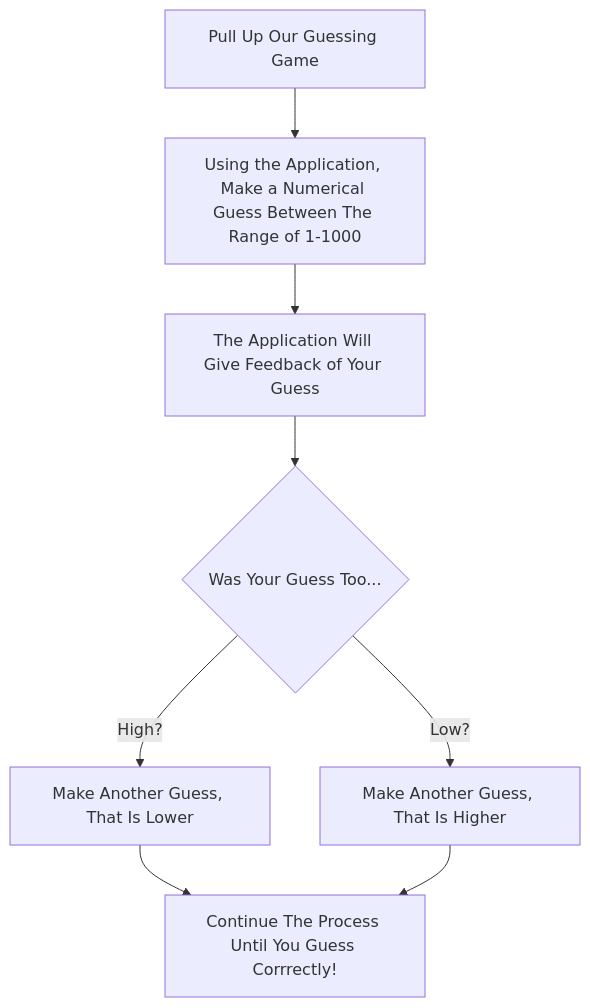
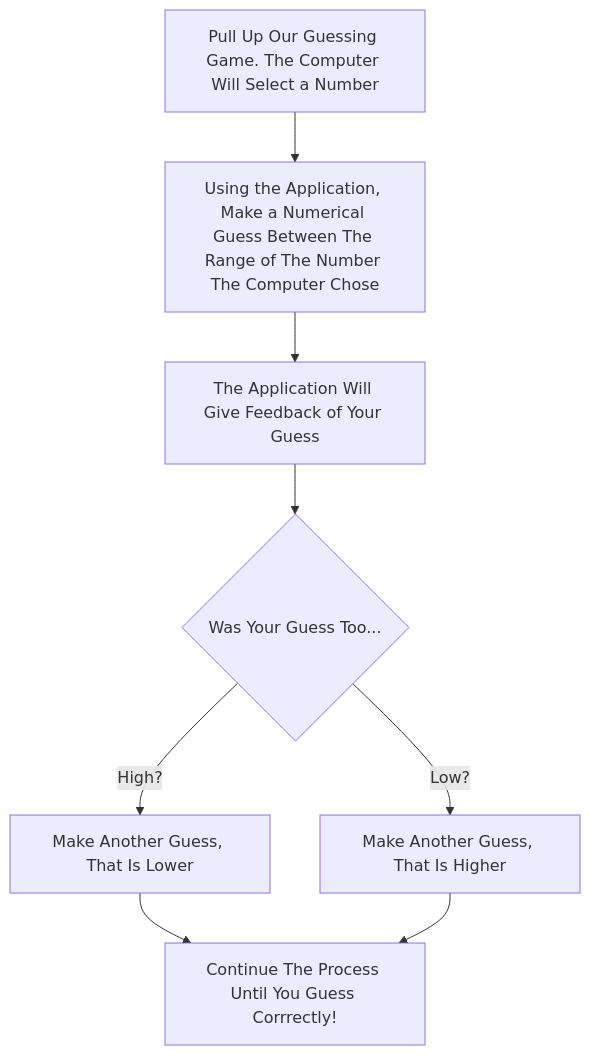
Before and after one commit to isagar930/isagar930.github.io: the diagram in README.md, drawn with Mermaid. The commit also changed other lines of this file, not shown here.

````diff
--- a/README.md
+++ b/README.md
@@ -21,9 +21,9 @@
 ```mermaid
 flowchart TD
-A[Pull Up Our Guessing Game] --> B[Using the Application, Make a Numerical Guess Between The Range of 1-1000] -->
+A[Pull Up Our Guessing Game. The Computer Will Select a Number] --> B[Using the Application, Make a Numerical Guess Between The Range of The Number The Computer Chose] -->
 C[The Application Will Give Feedback of Your Guess]
 --> D{Was Your Guess Too...}
 D --> |High?| E[Make Another Guess, That Is Lower] --> G
 D --> |Low?| F[Make Another Guess, That Is Higher] -->
 G[Continue The Process Until You Guess Corrrectly!]
 ```
````
